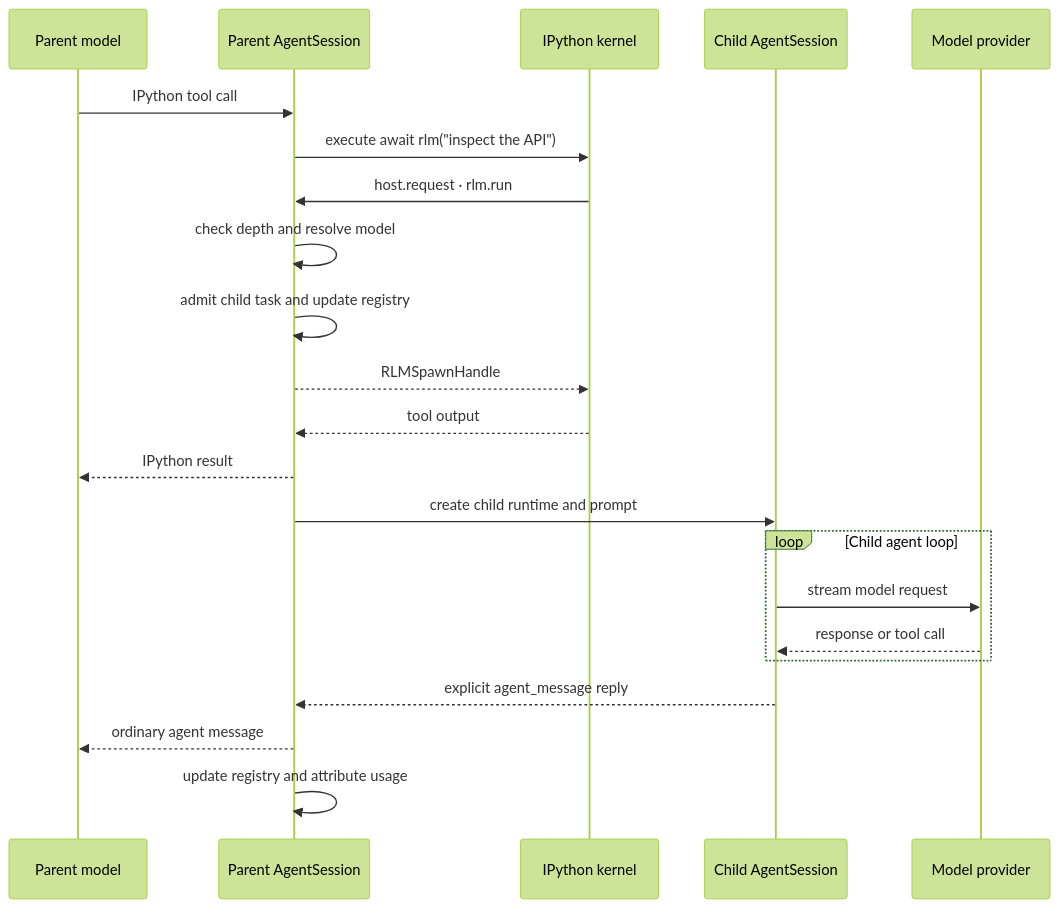
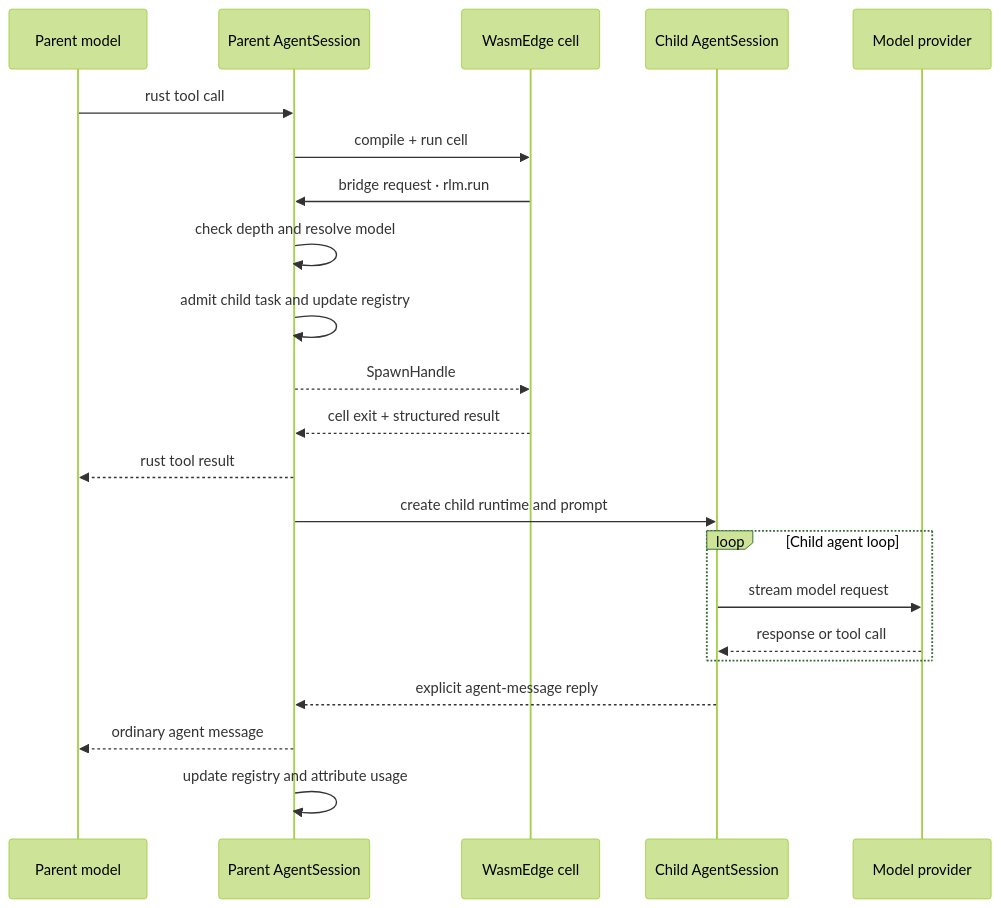
One commit to second-state/wasmedge-agent changed the second of 2 diagrams in packages/coding-agent/docs/rlm-runtime.md. Above: the diagram before and after it, drawn with Mermaid (forest theme). The commit also changed other lines of this file and 16 other files, not shown here.

````diff
--- a/packages/coding-agent/docs/rlm-runtime.md
+++ b/packages/coding-agent/docs/rlm-runtime.md
@@ -36,25 +62,25 @@
 ```mermaid
 sequenceDiagram
     participant M as Parent model
     participant H as Parent AgentSession
-    participant K as IPython kernel
+    participant W as WasmEdge cell
     participant C as Child AgentSession
     participant P as Model provider
 
-    M->>H: IPython tool call
-    H->>K: execute await rlm("inspect the API")
-    K->>H: host.request · rlm.run
+    M->>H: rust tool call
+    H->>W: compile + run cell
+    W->>H: bridge request · rlm.run
     H->>H: check depth and resolve model
     H->>H: admit child task and update registry
-    H-->>K: RLMSpawnHandle
-    K-->>H: tool output
-    H-->>M: IPython result
+    H-->>W: SpawnHandle
+    W-->>H: cell exit + structured result
+    H-->>M: rust tool result
     H->>C: create child runtime and prompt
     loop Child agent loop
         C->>P: stream model request
         P-->>C: response or tool call
     end
-    C-->>H: explicit agent_message reply
+    C-->>H: explicit agent-message reply
     H-->>M: ordinary agent message
     H->>H: update registry and attribute usage
 ```
````
